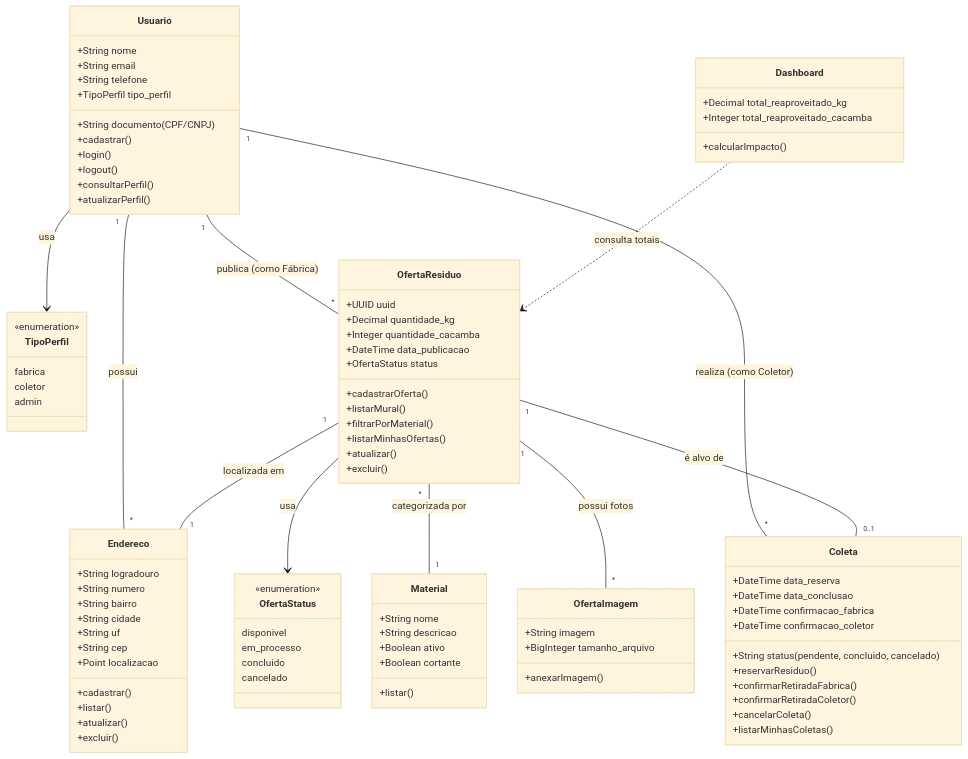
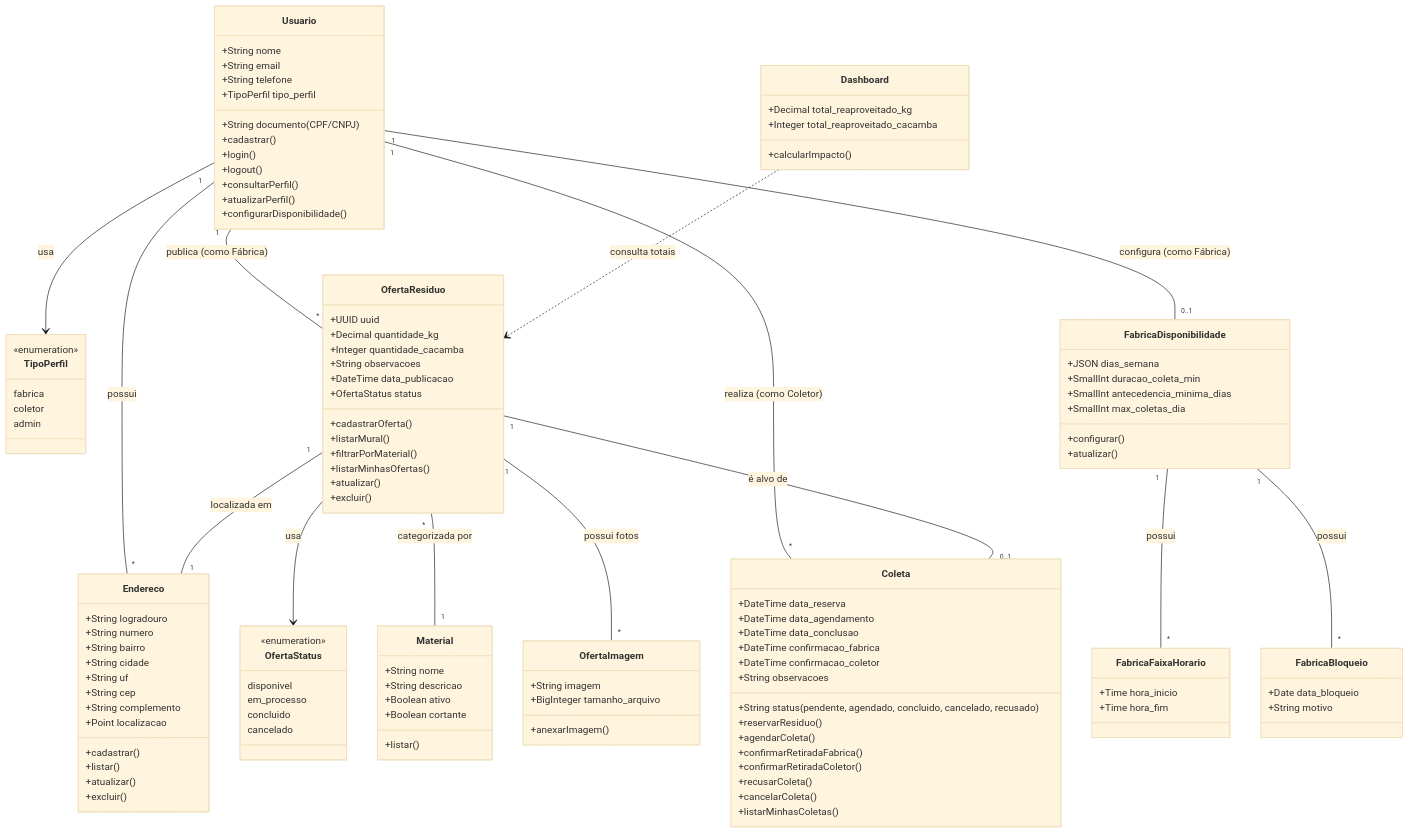
The diagram in docs/Diagrama_Classes_Conceitual.md (ecoceramica-pf/app-backend), drawn with Mermaid (base theme) before and after one commit. The commit also changed other lines of this file and 27 other files, not shown here.

````diff
--- a/docs/Diagrama_Classes_Conceitual.md
+++ b/docs/Diagrama_Classes_Conceitual.md
@@ -15,6 +15,7 @@
         +logout()
         +consultarPerfil()
         +atualizarPerfil()
+        +configurarDisponibilidade()
     }
 
     class TipoPerfil {
@@ -31,6 +32,7 @@
         +String cidade
         +String uf
         +String cep
+        +String complemento
         +Point localizacao
         +cadastrar()
         +listar()
@@ -50,6 +52,7 @@
         +UUID uuid
         +Decimal quantidade_kg
         +Integer quantidade_cacamba
+        +String observacoes
         +DateTime data_publicacao
         +OfertaStatus status
         +cadastrarOferta()
@@ -74,15 +77,38 @@
         +anexarImagem()
     }
 
+    class FabricaDisponibilidade {
+        +JSON dias_semana
+        +SmallInt duracao_coleta_min
+        +SmallInt antecedencia_minima_dias
+        +SmallInt max_coletas_dia
+        +configurar()
+        +atualizar()
+    }
+
+    class FabricaFaixaHorario {
+        +Time hora_inicio
+        +Time hora_fim
+    }
+
+    class FabricaBloqueio {
+        +Date data_bloqueio
+        +String motivo
+    }
+
     class Coleta {
         +DateTime data_reserva
+        +DateTime data_agendamento
         +DateTime data_conclusao
         +DateTime confirmacao_fabrica
         +DateTime confirmacao_coletor
-        +String status (pendente, concluido, cancelado)
+        +String status (pendente, agendado, concluido, cancelado, recusado)
+        +String observacoes
         +reservarResiduo()
+        +agendarColeta()
         +confirmarRetiradaFabrica()
         +confirmarRetiradaColetor()
+        +recusarColeta()
         +cancelarColeta()
         +listarMinhasColetas()
     }
@@ -100,11 +126,15 @@
     Usuario "1" -- "*" Endereco : possui
     Usuario "1" -- "*" OfertaResiduo : publica (como Fábrica)
     Usuario "1" -- "*" Coleta : realiza (como Coletor)
+    Usuario "1" -- "0..1" FabricaDisponibilidade : configura (como Fábrica)
 
     OfertaResiduo "*" -- "1" Material : categorizada por
     OfertaResiduo "1" -- "1" Endereco : localizada em
     OfertaResiduo "1" -- "*" OfertaImagem : possui fotos
     OfertaResiduo "1" -- "0..1" Coleta : é alvo de
 
+    FabricaDisponibilidade "1" -- "*" FabricaFaixaHorario : possui
+    FabricaDisponibilidade "1" -- "*" FabricaBloqueio : possui
+
     Dashboard ..> OfertaResiduo : consulta totais
 ```
````
